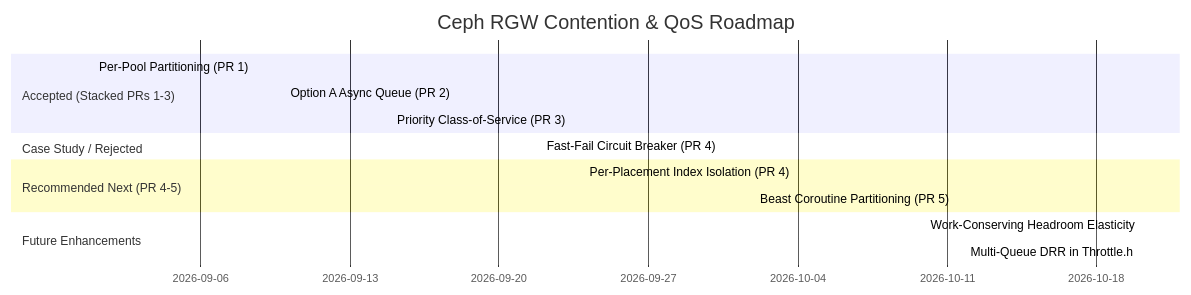
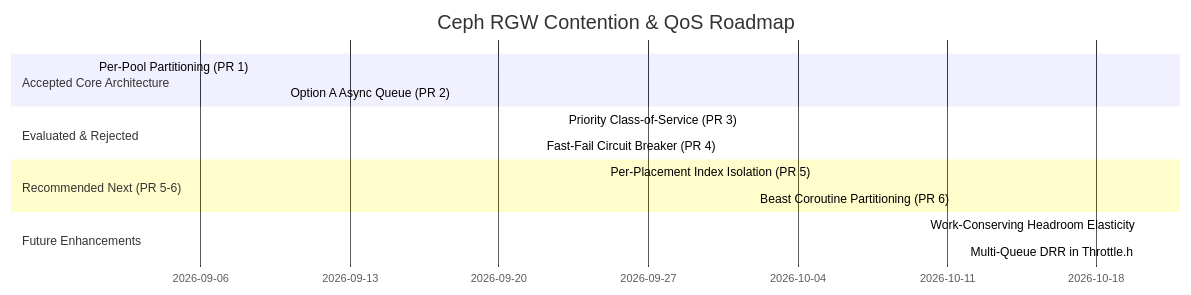
One commit to JBakamovic/ceph changed the diagram in src/test/rgw/ARCHITECTURAL_IDEAS_COMPENDIUM.md. Above: the diagram before and after it, drawn with Mermaid. The commit also changed other lines of this file and 1 other file, not shown here.

Commit message:
docs & test: mark PR 3 as rejected in compendium and add repeat N to compare-async

````diff
--- a/src/test/rgw/ARCHITECTURAL_IDEAS_COMPENDIUM.md
+++ b/src/test/rgw/ARCHITECTURAL_IDEAS_COMPENDIUM.md
@@ -304,17 +305,17 @@
 ```mermaid
 gantt
     title Ceph RGW Contention & QoS Roadmap
     dateFormat  YYYY-MM
-    section Accepted (Stacked PRs 1-3)
+    section Accepted Core Architecture
     Per-Pool Partitioning (PR 1)                :done, pr1, 2026-09-01, 2026-09-10
-    Option A Async Queue (PR 2)                 :done, pr2, 2026-09-10, 2026-09-15
-    Priority Class-of-Service (PR 3)            :done, pr3, 2026-09-15, 2026-09-22
-    section Case Study / Rejected
+    Option A Async Queue (PR 2)                 :active, pr2, 2026-09-10, 2026-09-24
+    section Evaluated & Rejected
+    Priority Class-of-Service (PR 3)            :crit, pr3, 2026-09-23, 2026-09-24
     Fast-Fail Circuit Breaker (PR 4)            :crit, pr4, 2026-09-22, 2026-09-23
-    section Recommended Next (PR 4-5)
-    Per-Placement Index Isolation (PR 4)        :active, pr5, 2026-09-24, 2026-10-02
-    Beast Coroutine Partitioning (PR 5)         :active, pr6, 2026-10-02, 2026-10-10
+    section Recommended Next (PR 5-6)
+    Per-Placement Index Isolation (PR 5)        :active, pr5, 2026-09-25, 2026-10-02
+    Beast Coroutine Partitioning (PR 6)         :active, pr6, 2026-10-02, 2026-10-10
     section Future Enhancements
     Work-Conserving Headroom Elasticity         :pr7, 2026-10-10, 2026-10-20
     Multi-Queue DRR in Throttle.h               :pr8, 2026-10-20, 2026-10-30
 ```
````
